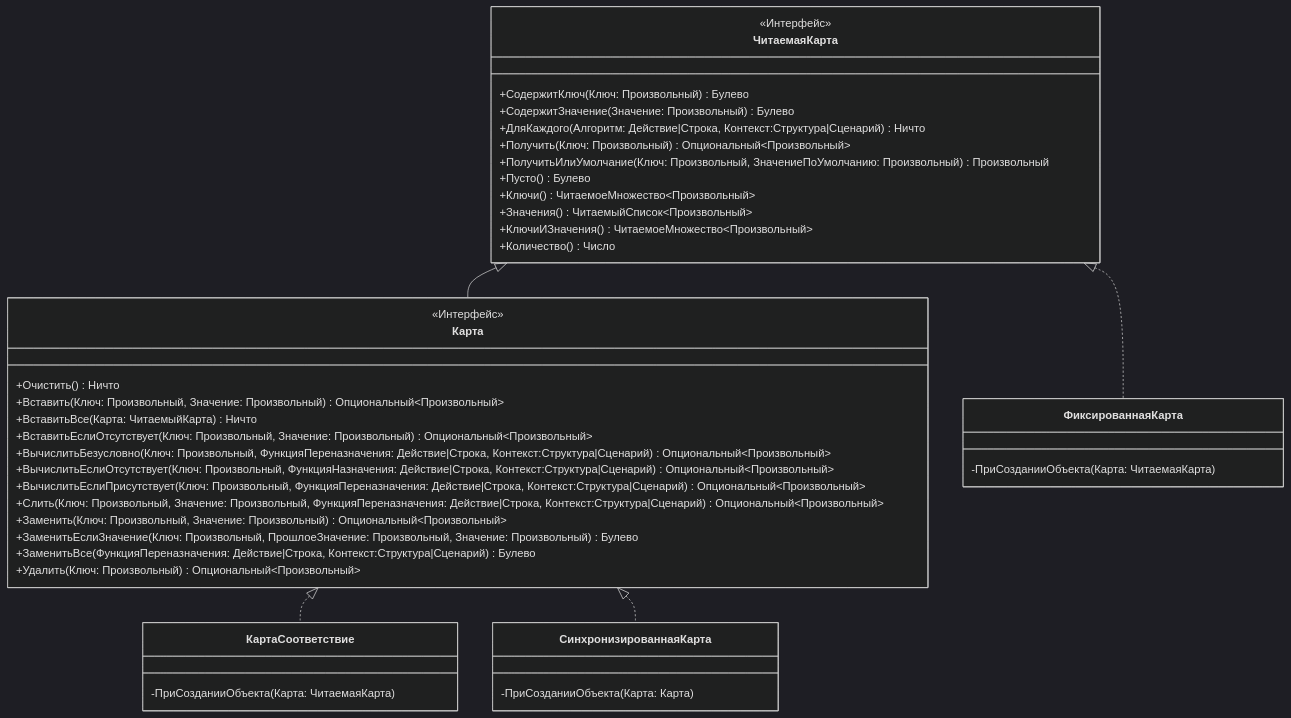
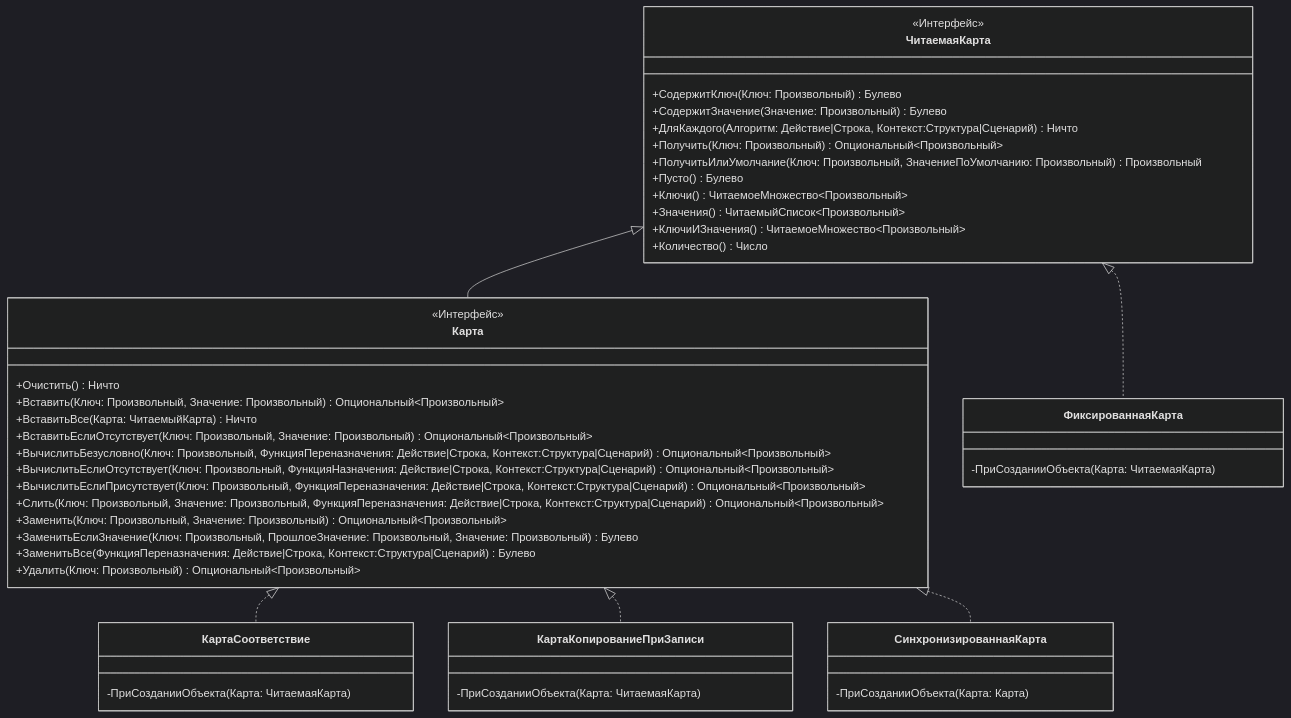
One commit to sfaqer/collectionos changed the fifth of 6 diagrams in README.md. Above: the diagram before and after it, drawn with Mermaid (dark theme). The commit also changed other lines of this file and 49 other files, not shown here.

````diff
--- a/README.md
+++ b/README.md
@@ -243,52 +265,57 @@
 ```mermaid
 classDiagram
 
 ЧитаемаяКарта <|-- Карта
 
 ЧитаемаяКарта <|.. ФиксированнаяКарта
 Карта <|.. КартаСоответствие
+Карта <|.. КартаКопированиеПриЗаписи
 
 Карта <|.. СинхронизированнаяКарта
 
 class ЧитаемаяКарта {
     <<Интерфейс>>
     +СодержитКлюч(Ключ: Произвольный) Булево
     +СодержитЗначение(Значение: Произвольный) Булево
     +ДляКаждого(Алгоритм: Действие|Строка, Контекст:Структура|Сценарий) Ничто
     +Получить(Ключ: Произвольный) Опциональный~Произвольный~
     +ПолучитьИлиУмолчание(Ключ: Произвольный, ЗначениеПоУмолчанию: Произвольный) Произвольный
     +Пусто() Булево
     +Ключи() ЧитаемоеМножество~Произвольный~
     +Значения() ЧитаемыйСписок~Произвольный~
     +КлючиИЗначения() ЧитаемоеМножество~Произвольный~
     +Количество() Число
 }
 
 class Карта {
     <<Интерфейс>>
     +Очистить() Ничто
     +Вставить(Ключ: Произвольный, Значение: Произвольный) Опциональный~Произвольный~
     +ВставитьВсе(Карта: ЧитаемыйКарта) Ничто
     +ВставитьЕслиОтсутствует(Ключ: Произвольный, Значение: Произвольный) Опциональный~Произвольный~
     +ВычислитьБезусловно(Ключ: Произвольный, ФункцияПереназначения: Действие|Строка, Контекст:Структура|Сценарий) Опциональный~Произвольный~
     +ВычислитьЕслиОтсутствует(Ключ: Произвольный, ФункцияНазначения: Действие|Строка, Контекст:Структура|Сценарий) Опциональный~Произвольный~
     +ВычислитьЕслиПрисутствует(Ключ: Произвольный, ФункцияПереназначения: Действие|Строка, Контекст:Структура|Сценарий) Опциональный~Произвольный~
     +Слить(Ключ: Произвольный, Значение: Произвольный, ФункцияПереназначения: Действие|Строка, Контекст:Структура|Сценарий) Опциональный~Произвольный~
     +Заменить(Ключ: Произвольный, Значение: Произвольный) Опциональный~Произвольный~
     +ЗаменитьЕслиЗначение(Ключ: Произвольный, ПрошлоеЗначение: Произвольный, Значение: Произвольный) Булево
     +ЗаменитьВсе(ФункцияПереназначения: Действие|Строка, Контекст:Структура|Сценарий) Булево
     +Удалить(Ключ: Произвольный) Опциональный~Произвольный~
 }
 
 class ФиксированнаяКарта {
     -ПриСозданииОбъекта(Карта: ЧитаемаяКарта)
 }
 
 class КартаСоответствие {
     -ПриСозданииОбъекта(Карта: ЧитаемаяКарта)
 }
 
+class КартаКопированиеПриЗаписи {
+    -ПриСозданииОбъекта(Карта: ЧитаемаяКарта)
+}
+
 class СинхронизированнаяКарта {
     -ПриСозданииОбъекта(Карта: Карта)
 }
 ```
````
